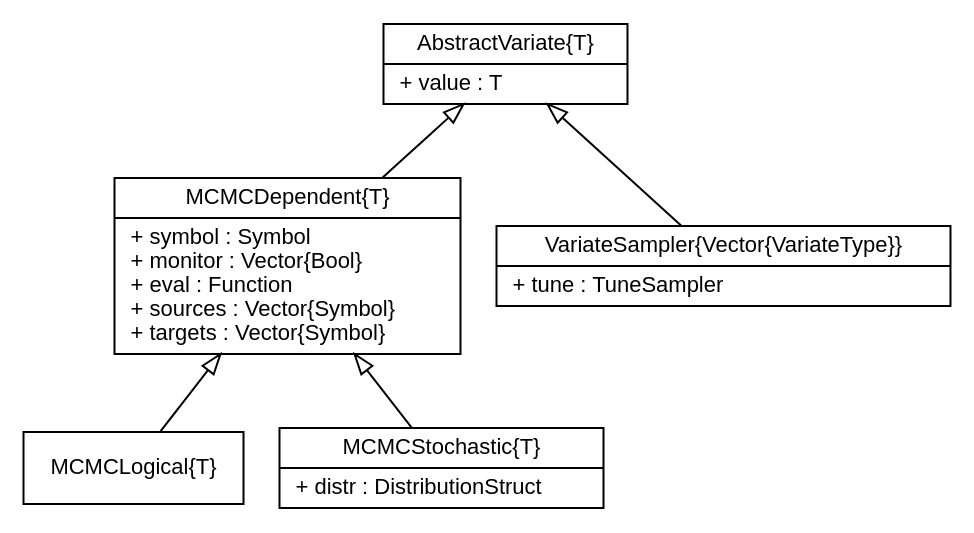
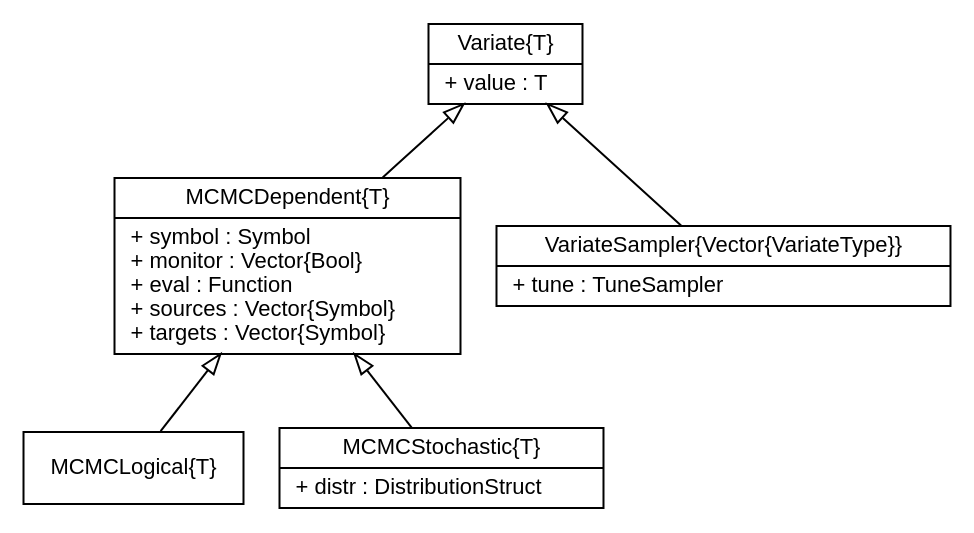
One commit to brian-j-smith/Mamba.jl changed the diagram in doc/images/variateUML.dot. Above: the diagram before and after it, drawn with Graphviz. The commit also changed 18 other files, not shown here.

Commit message:
Rename abstract 'AbstractVariate' types to 'Variate'.

```diff
--- a/doc/images/variateUML.dot
+++ b/doc/images/variateUML.dot
@@ -1,24 +1,24 @@
 digraph Variate {
 	fontname = "Helvetica"
 	fontsize = 11
 
 	node [fontname = "Helvetica", fontsize = 11, shape = record]
 
 	edge [fontname = "Helvetica", fontsize = 11, dir = back, arrowtail = empty]
 
-	AbstractVariate [label = "{AbstractVariate\{T\}|+ value : T\l}"]
+	Variate [label = "{Variate\{T\}|+ value : T\l}"]
 
 	MCMCDependent [label = "{MCMCDependent\{T\}|+ symbol : Symbol\l+ monitor : Vector\{Bool\}\l+ eval : Function\l+ sources : Vector\{Symbol\}\l+ targets : Vector\{Symbol\}\l}"]
 	
 	MCMCLogical [label = "{MCMCLogical\{T\}}"]
 	
 	MCMCStochastic [label = "{MCMCStochastic\{T\}|+ distr : DistributionStruct\l}"]
 
 	VariateSampler [label = "{VariateSampler\{Vector\{VariateType\}\}|+ tune : TuneSampler\l}"]
 	
-	AbstractVariate -> MCMCDependent
+	Variate -> MCMCDependent
 	MCMCDependent -> MCMCLogical
 	MCMCDependent -> MCMCStochastic
-	AbstractVariate -> VariateSampler
+	Variate -> VariateSampler
 
 }
```
